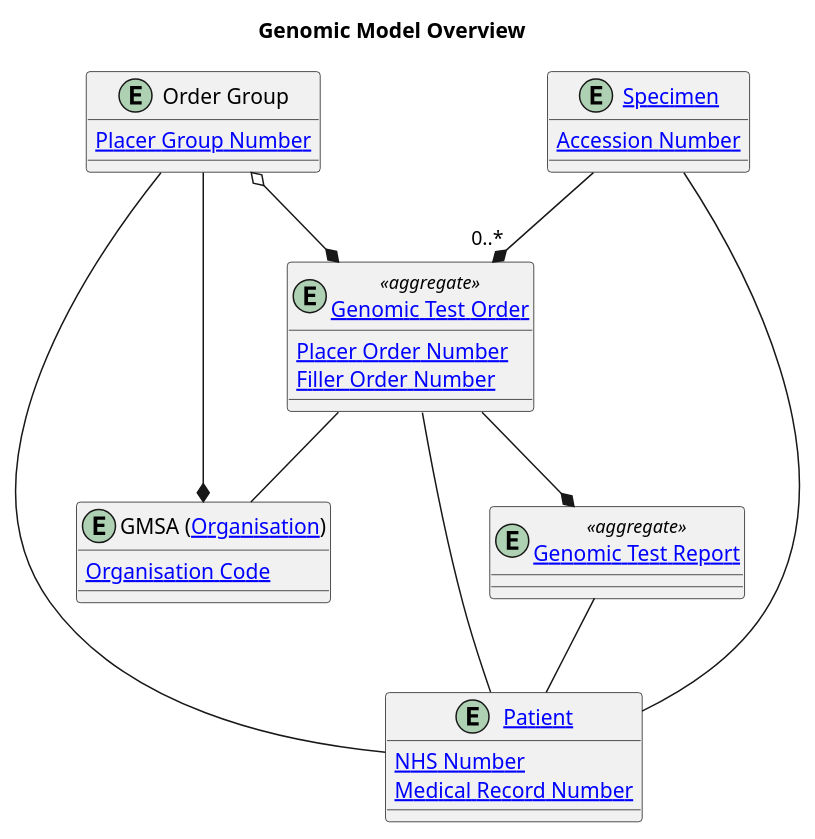
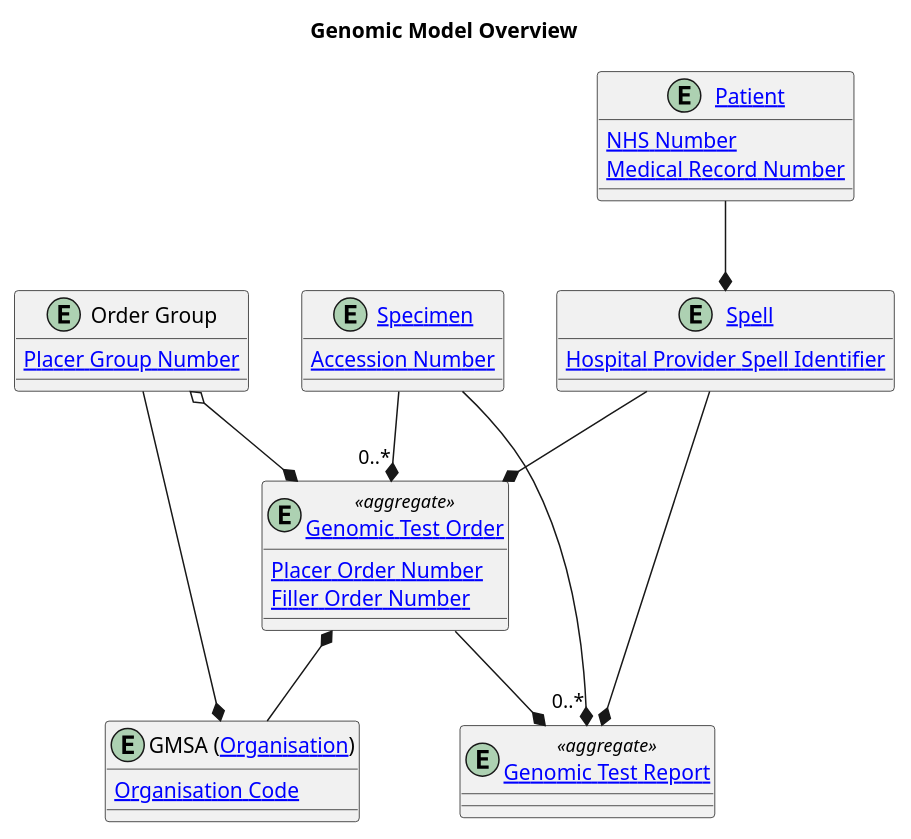
Before and after one commit to nw-gmsa/nw-gmsa.github.com: the diagram in input/images-source/LTW-model.plantuml, drawn with PlantUML.

Commit message:
Data types

```diff
--- a/input/images-source/LTW-model.plantuml
+++ b/input/images-source/LTW-model.plantuml
@@ -1,41 +1,46 @@
 @startuml
 
 title "Genomic Model Overview"
 
 
 entity "[[StructureDefinition-Patient.html Patient]]" as Patient {
   [[StructureDefinition-NHSNumber.html NHS Number]]
   [[StructureDefinition-MedicalRecordNumber.html Medical Record Number]]
 }
 
 entity "GMSA ([[StructureDefinition-Organization.html Organisation]])" as GMSA {
 [[StructureDefinition-OrganisationCode.html Organisation Code]]
 }
 
 entity "Order Group" as OrderGroup {
   [[StructureDefinition-PlacerGroupNumber.html Placer Group Number]]
 }
 
 entity "[[Questionnaire-GenomicTestOrder.html Genomic Test Order]]" as Order <<aggregate>> {
   [[StructureDefinition-PlacerOrderNumber.html Placer Order Number]]
   [[StructureDefinition-FillerOrderNumber.html Filler Order Number]]
 }
 
 entity "[[StructureDefinition-Composition-GenomicReport.html Genomic Test Report]]" as Report <<aggregate>>
 
 entity "[[StructureDefinition-Specimen.html Specimen]]" as Specimen {
   [[StructureDefinition-AccessionNumber.html Accession Number]]
 }
 
+entity "[[Spell]]" as Spell {
+  [[StructureDefinition-HospitalProviderSpellIdentifier.html Hospital Provider Spell Identifier]]
+}
+
 OrderGroup o--* Order
 OrderGroup --* GMSA
-Order -- GMSA
+Order *-- GMSA
 Order --* Report
 Specimen --* "0..*" Order
+Specimen --* "0..*" Report
+Spell --* Order
+Spell --* Report
 
-OrderGroup -- Patient
-Order -- Patient
-Specimen -- Patient
-Report -- Patient
+Patient --* Spell
+
 
 @enduml
```
